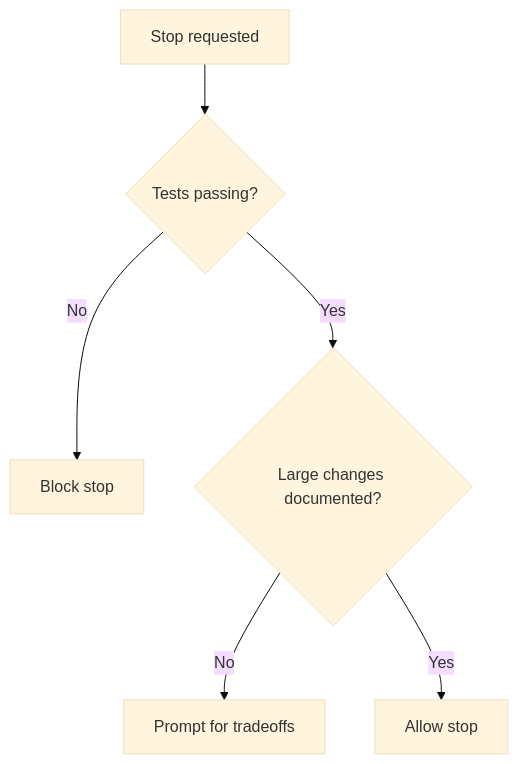
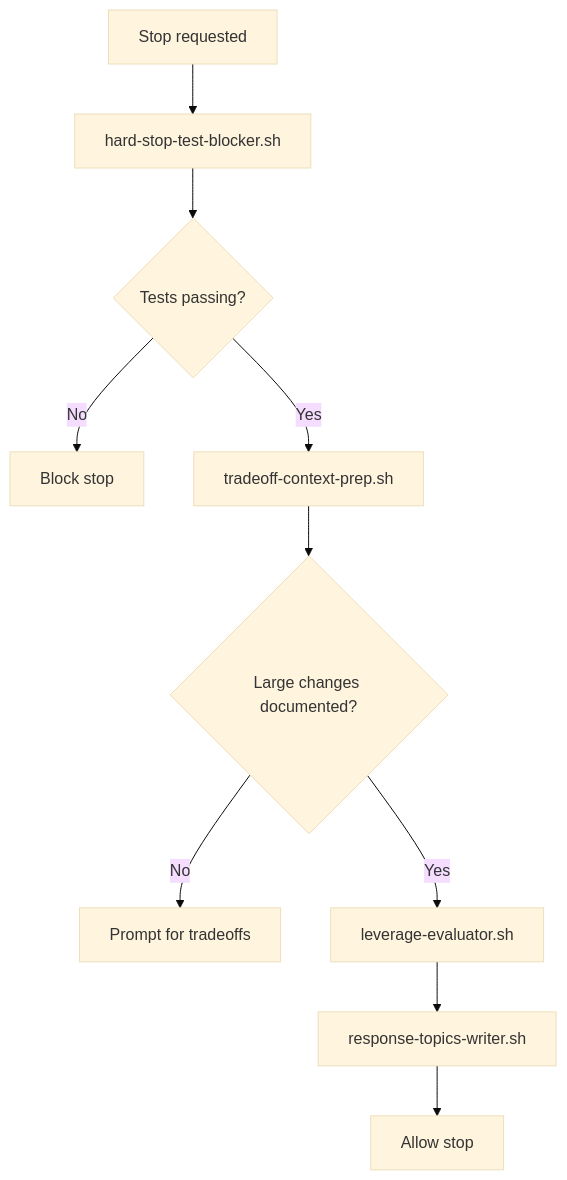
One commit to meaganewaller/weekly-reviews changed diagram 23 of 25 in data-capture.md. Above: the diagram before and after it, drawn with Mermaid (base theme). The commit also changed other lines of this file and 2 other files, not shown here.

```diff
--- a/data-capture.md
+++ b/data-capture.md
@@ -334,8 +486,12 @@
 {% mermaid %}
 flowchart TD
-    A[Stop requested] --> B{Tests passing?}
-    B -->|No| C[Block stop]
-    B -->|Yes| D{Large changes documented?}
-    D -->|No| E[Prompt for tradeoffs]
-    D -->|Yes| F[Allow stop]
+    A[Stop requested] --> B[hard-stop-test-blocker.sh]
+    B --> C{Tests passing?}
+    C -->|No| D[Block stop]
+    C -->|Yes| E[tradeoff-context-prep.sh]
+    E --> F{Large changes documented?}
+    F -->|No| G[Prompt for tradeoffs]
+    F -->|Yes| H[leverage-evaluator.sh]
+    H --> I[response-topics-writer.sh]
+    I --> J[Allow stop]
 {% endmermaid %}
```
